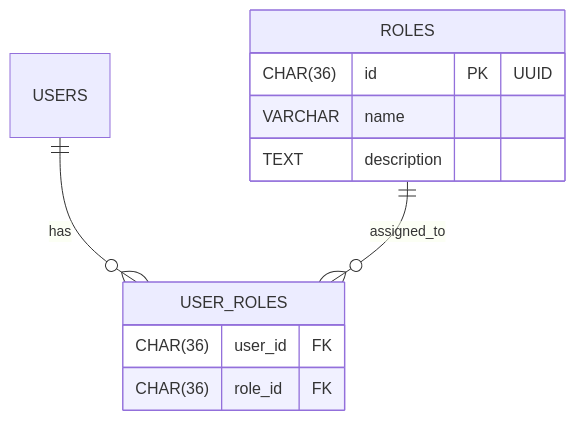
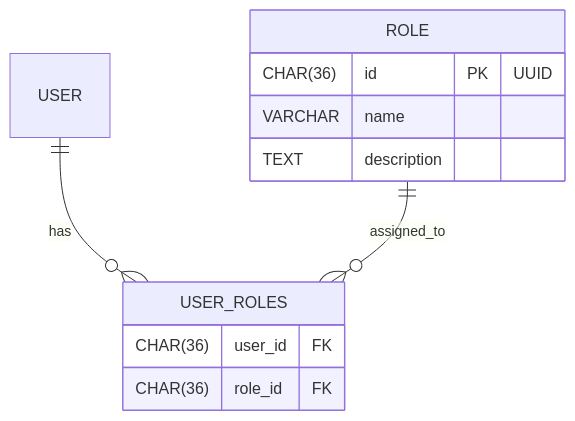
One commit to soyjuandelgado/coach-assistant changed the third of 8 diagrams in README.md. Above: the diagram before and after it, drawn with Mermaid. The commit also changed other lines of this file and 2 other files, not shown here.

````diff
--- a/README.md
+++ b/README.md
@@ -139,16 +153,16 @@
 ```mermaid
 erDiagram
-    ROLES {
+    ROLE {
         CHAR(36) id PK "UUID"
         VARCHAR name
         TEXT description
     }
 
     USER_ROLES {
         CHAR(36) user_id FK
         CHAR(36) role_id FK
     }
 
-    USERS ||--o{ USER_ROLES : has
-    ROLES ||--o{ USER_ROLES : assigned_to
+    USER ||--o{ USER_ROLES : has
+    ROLE ||--o{ USER_ROLES : assigned_to
 ```
````
